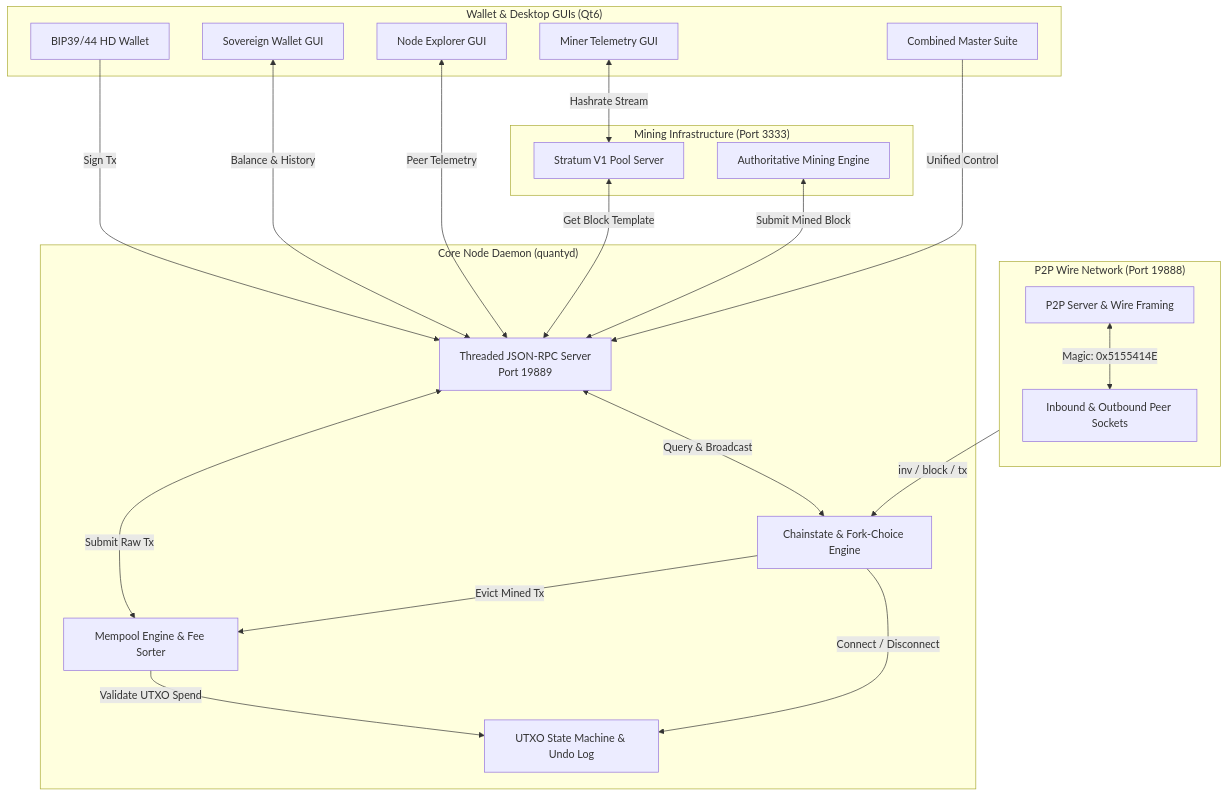
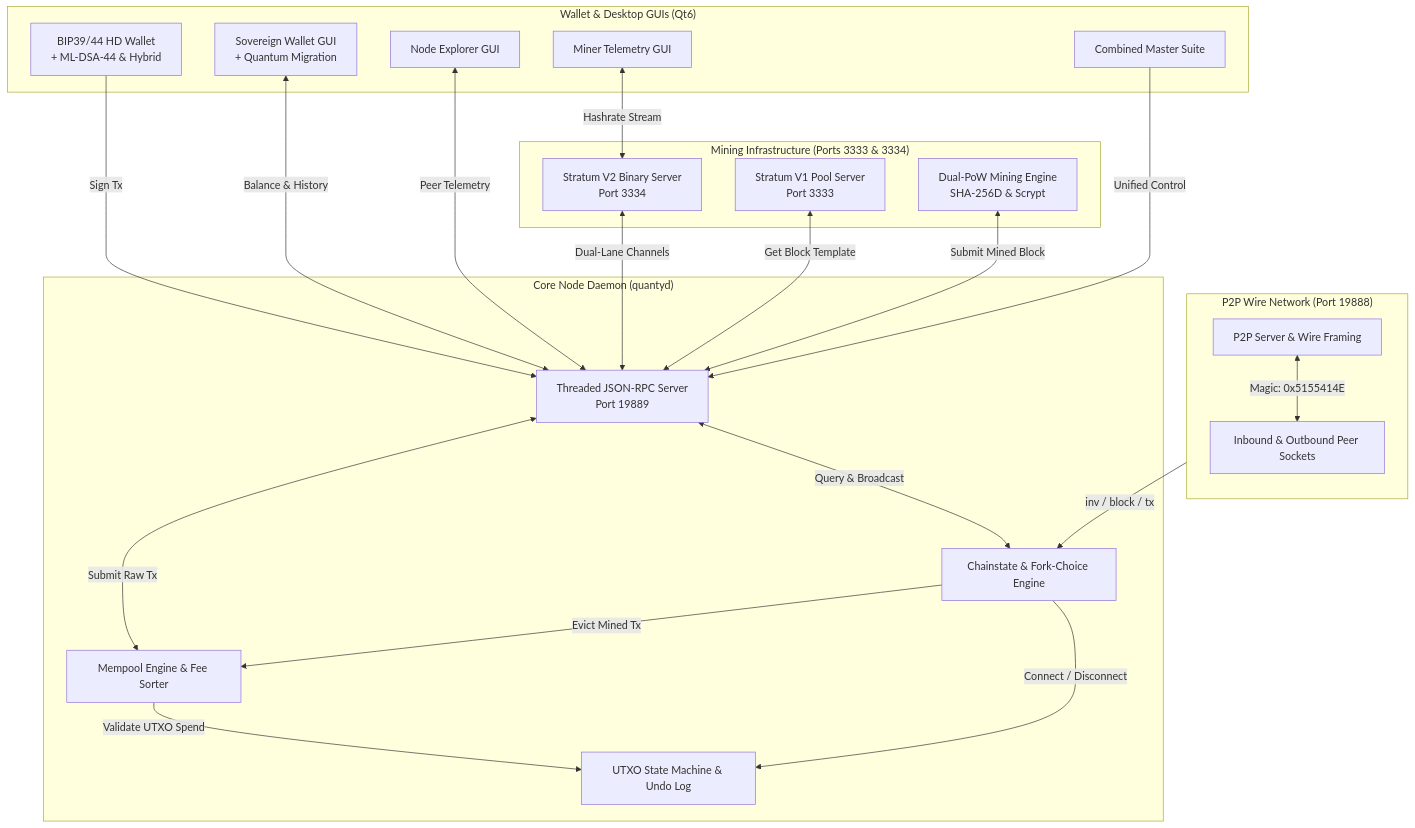
Before and after one commit to timfromhcs/QuantyCoin: the diagram in README.md, drawn with Mermaid. The commit also changed other lines of this file and 21 other files, not shown here.

````diff
--- a/README.md
+++ b/README.md
@@ -142,44 +144,46 @@
 ```mermaid
 graph TB
     subgraph P2P ["P2P Wire Network (Port 19888)"]
         direction TB
         MGR[P2P Server & Wire Framing]
         PEERS[Inbound & Outbound Peer Sockets]
         MGR <-->|Magic: 0x5155414E| PEERS
     end
 
     subgraph CORE ["Core Node Daemon (quantyd)"]
         CS[Chainstate & Fork-Choice Engine]
         UTXO[UTXO State Machine & Undo Log]
         MEM[Mempool Engine & Fee Sorter]
         RPC[Threaded JSON-RPC Server\nPort 19889]
 
         MGR -->|inv / block / tx| CS
         CS -->|Connect / Disconnect| UTXO
         MEM -->|Validate UTXO Spend| UTXO
         CS -->|Evict Mined Tx| MEM
         RPC <-->|Query & Broadcast| CS
         RPC <-->|Submit Raw Tx| MEM
     end
 
-    subgraph MINING ["Mining Infrastructure (Port 3333)"]
-        STRATUM[Stratum V1 Pool Server]
-        ENG[Authoritative Mining Engine]
-        STRATUM <-->|Get Block Template| RPC
+    subgraph MINING ["Mining Infrastructure (Ports 3333 & 3334)"]
+        SV2[Stratum V2 Binary Server\nPort 3334]
+        SV1[Stratum V1 Pool Server\nPort 3333]
+        ENG[Dual-PoW Mining Engine\nSHA-256D & Scrypt]
+        SV2 <-->|Dual-Lane Channels| RPC
+        SV1 <-->|Get Block Template| RPC
         ENG <-->|Submit Mined Block| RPC
     end
 
     subgraph WALLET ["Wallet & Desktop GUIs (Qt6)"]
-        HD[BIP39/44 HD Wallet]
-        GUI_W[Sovereign Wallet GUI]
+        HD[BIP39/44 HD Wallet\n+ ML-DSA-44 & Hybrid]
+        GUI_W[Sovereign Wallet GUI\n+ Quantum Migration]
         GUI_N[Node Explorer GUI]
         GUI_M[Miner Telemetry GUI]
         GUI_S[Combined Master Suite]
 
         HD -->|Sign Tx| RPC
         GUI_W <-->|Balance & History| RPC
         GUI_N <-->|Peer Telemetry| RPC
-        GUI_M <-->|Hashrate Stream| STRATUM
+        GUI_M <-->|Hashrate Stream| SV2
         GUI_S -->|Unified Control| RPC
     end
 ```
````
